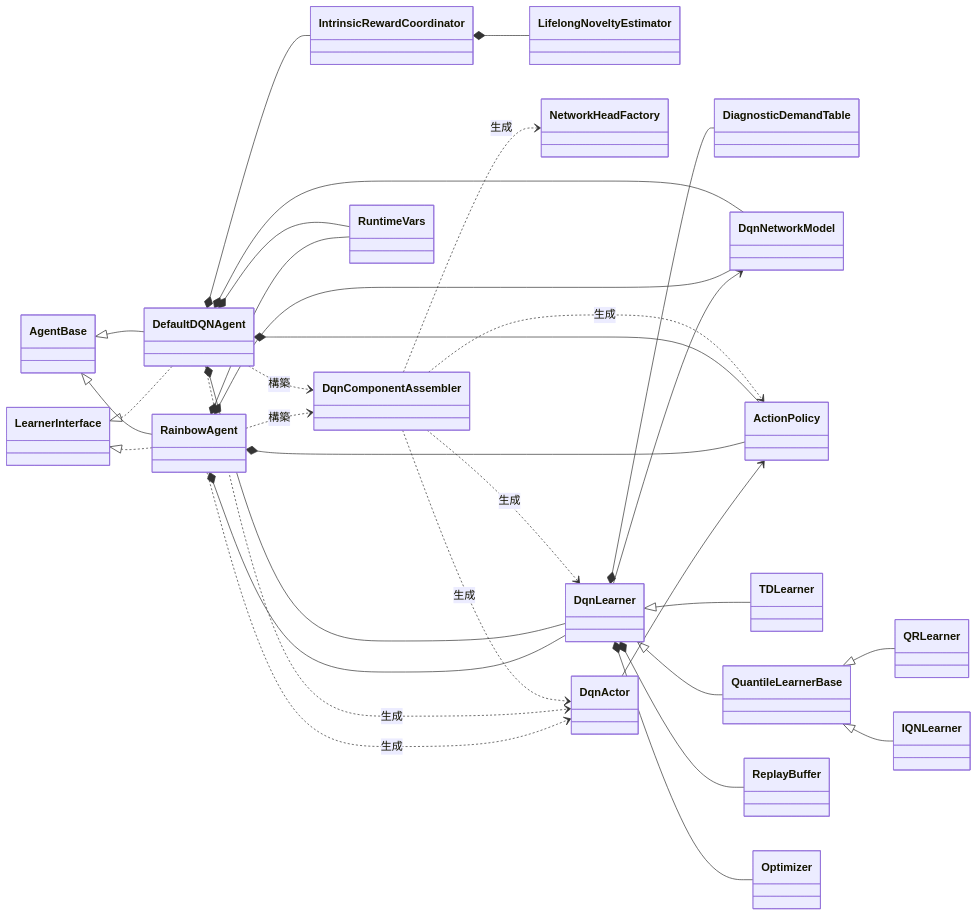
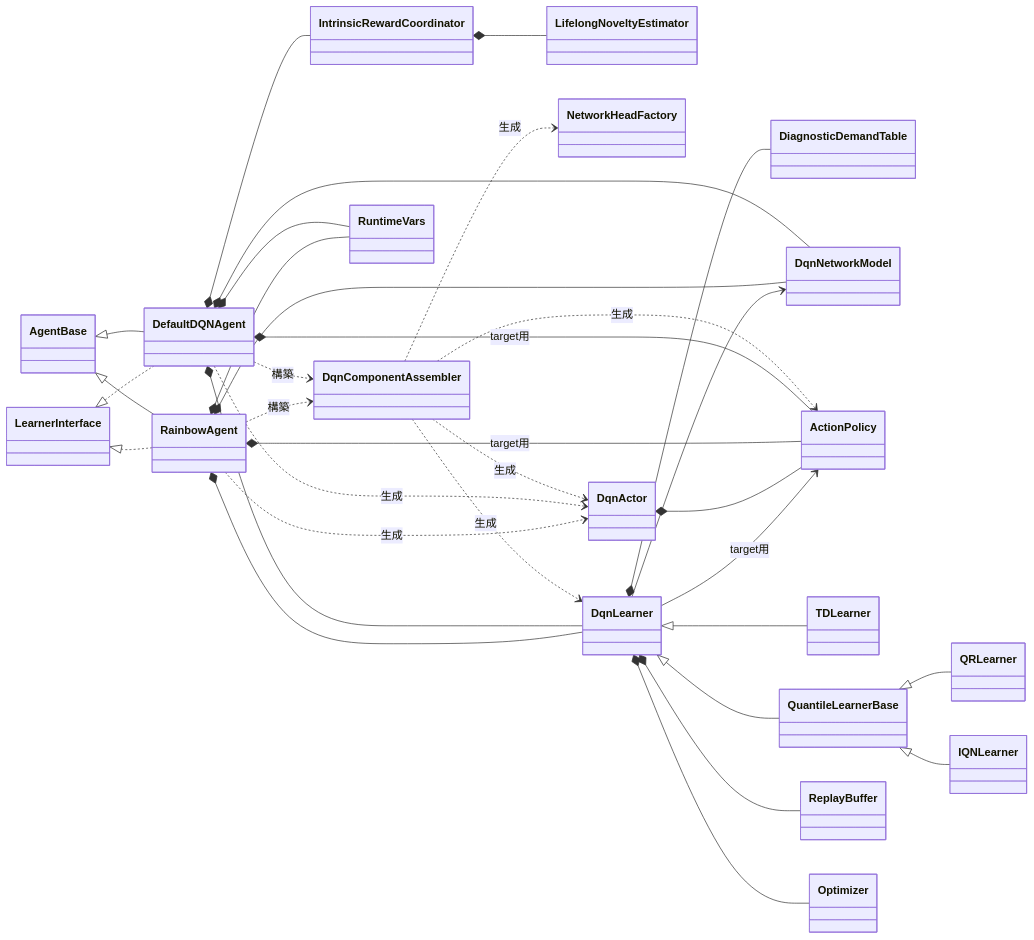
Before and after one commit to kazukin123/anet-lab: the eighth of 11 diagrams in docs/design/200_dqn_agents.jp.md, drawn with Mermaid. The commit also changed other lines of this file and 22 other files, not shown here.

````diff
--- a/docs/design/200_dqn_agents.jp.md
+++ b/docs/design/200_dqn_agents.jp.md
@@ -312,57 +316,58 @@
 ```mermaid
 classDiagram
 direction LR
 
 class AgentBase
 class LearnerInterface
 class DefaultDQNAgent
 class RainbowAgent
 class IntrinsicRewardCoordinator
 class LifelongNoveltyEstimator
 class DqnComponentAssembler
 class NetworkHeadFactory
 class DiagnosticDemandTable
 class RuntimeVars
 class DqnNetworkModel
 class ActionPolicy
 class DqnActor
 class DqnLearner
 class TDLearner
 class QuantileLearnerBase
 class QRLearner
 class IQNLearner
 class ReplayBuffer
 class Optimizer
 
 AgentBase <|-- DefaultDQNAgent
 AgentBase <|-- RainbowAgent
 LearnerInterface <|.. DefaultDQNAgent
 LearnerInterface <|.. RainbowAgent
 DefaultDQNAgent ..> DqnComponentAssembler : 構築
 RainbowAgent ..> DqnComponentAssembler : 構築
 DqnComponentAssembler ..> NetworkHeadFactory : 生成
 DqnComponentAssembler ..> ActionPolicy : 生成
 DqnComponentAssembler ..> DqnActor : 生成
 DqnComponentAssembler ..> DqnLearner : 生成
 DqnLearner *-- DiagnosticDemandTable
 DefaultDQNAgent *-- IntrinsicRewardCoordinator
 IntrinsicRewardCoordinator *-- LifelongNoveltyEstimator
 DefaultDQNAgent *-- RuntimeVars
 RainbowAgent *-- RuntimeVars
 DefaultDQNAgent *-- DqnNetworkModel
 RainbowAgent *-- DqnNetworkModel
-DefaultDQNAgent *-- ActionPolicy
-RainbowAgent *-- ActionPolicy
+DefaultDQNAgent *-- ActionPolicy : target用
+RainbowAgent *-- ActionPolicy : target用
 DefaultDQNAgent *-- DqnLearner
 RainbowAgent *-- DqnLearner
 DefaultDQNAgent ..> DqnActor : 生成
 RainbowAgent ..> DqnActor : 生成
 DqnLearner <|-- TDLearner
 DqnLearner <|-- QuantileLearnerBase
 QuantileLearnerBase <|-- QRLearner
 QuantileLearnerBase <|-- IQNLearner
 DqnLearner *-- ReplayBuffer
 DqnLearner *-- Optimizer
 DqnLearner --> DqnNetworkModel
-DqnActor --> ActionPolicy
+DqnActor *-- ActionPolicy
+DqnLearner --> ActionPolicy : target用
 ```
````
